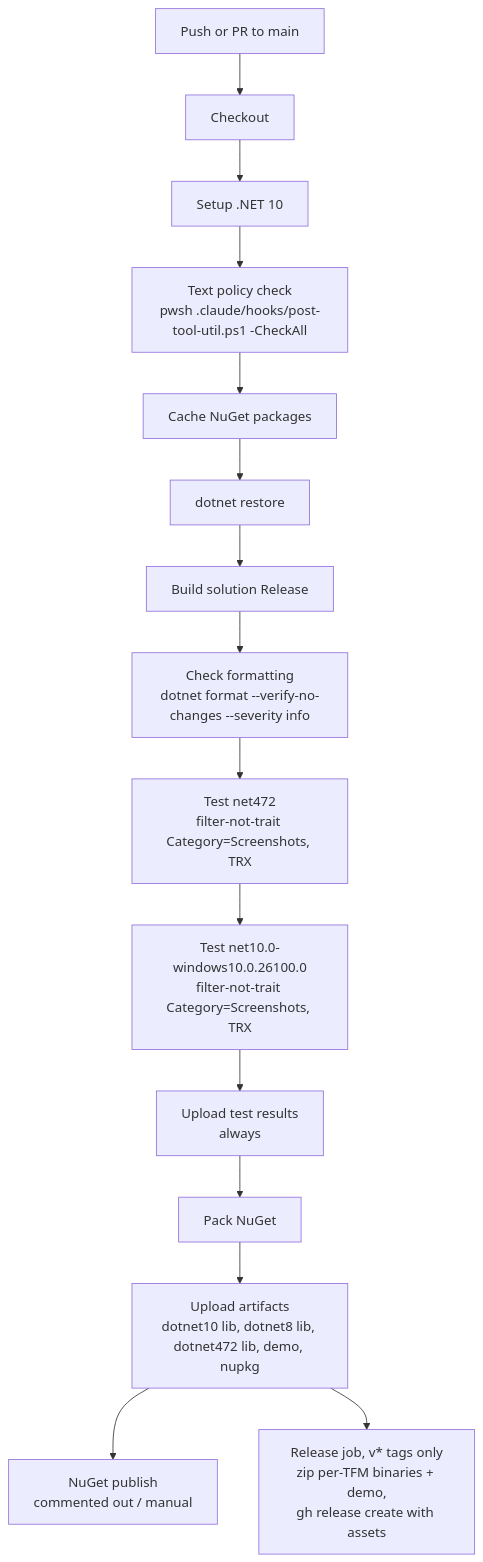
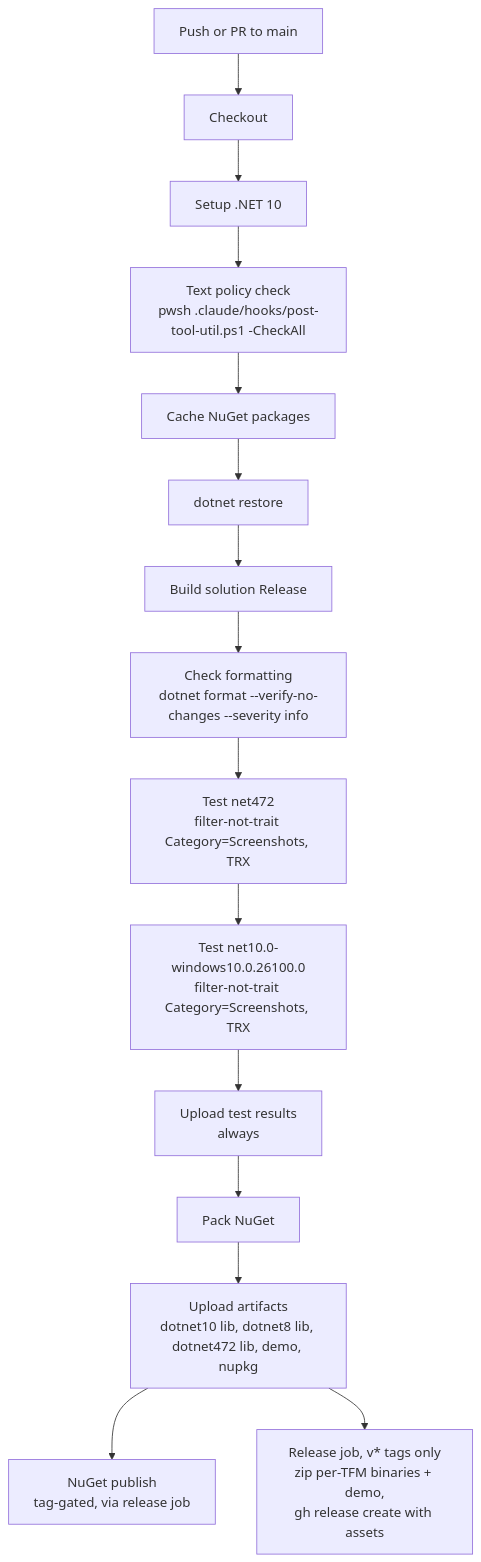
One commit to sintaxasn/Fluence.Wpf changed the diagram in AGENTS.md. Above: the diagram before and after it, drawn with Mermaid. The commit also changed other lines of this file and 1 other file, not shown here.

Commit message:
Update the NuGet publish claims that Task 34 made false.
docs/roadmap.md's Packaging row and AGENTS.md section 7 both still said
the NuGet push step in .github/workflows/build.yml stays commented out
as a deliberate manual release step. Task 34 replaced that commented
block with a live, tag gated publish step, so both statements were
wrong at the tip.

Reworded both to describe the actual behavior after reading the
workflow: a v* tag push runs the release job once the build job
passes, the job fails closed if the tag does not match the tree
version or if CHANGELOG.md has no matching version section, then
pushes the nupkg, with its sibling snupkg, to nuget.org using the
NUGET_API_KEY secret. Creating and pushing the tag itself remains the
owner's manual step, so neither "commented out" nor "fully automatic"
was accurate.

Also updated the CI/CD mermaid diagram in AGENTS.md, whose NuGet
publish node still read "commented out / manual", to match.

````diff
--- a/AGENTS.md
+++ b/AGENTS.md
@@ -346,17 +346,17 @@
 ```mermaid
 flowchart TD
     A[Push or PR to main] --> B[Checkout]
     B --> C[Setup .NET 10]
     C --> G[Text policy check<br/>pwsh .claude/hooks/post-tool-util.ps1 -CheckAll]
     G --> D[Cache NuGet packages]
     D --> E[dotnet restore]
     E --> H[Build solution Release]
     H --> F["Check formatting<br/>dotnet format --verify-no-changes --severity info"]
     F --> I[Test net472<br/>filter-not-trait Category=Screenshots, TRX]
     I --> J[Test net10.0-windows10.0.26100.0<br/>filter-not-trait Category=Screenshots, TRX]
     J --> K[Upload test results<br/>always]
     K --> L[Pack NuGet]
     L --> M[Upload artifacts<br/>dotnet10 lib, dotnet8 lib, dotnet472 lib, demo, nupkg]
-    M --> N[NuGet publish<br/>commented out / manual]
+    M --> N[NuGet publish<br/>tag-gated, via release job]
     M --> R[Release job, v* tags only<br/>zip per-TFM binaries + demo,<br/>gh release create with assets]
 ```
````
